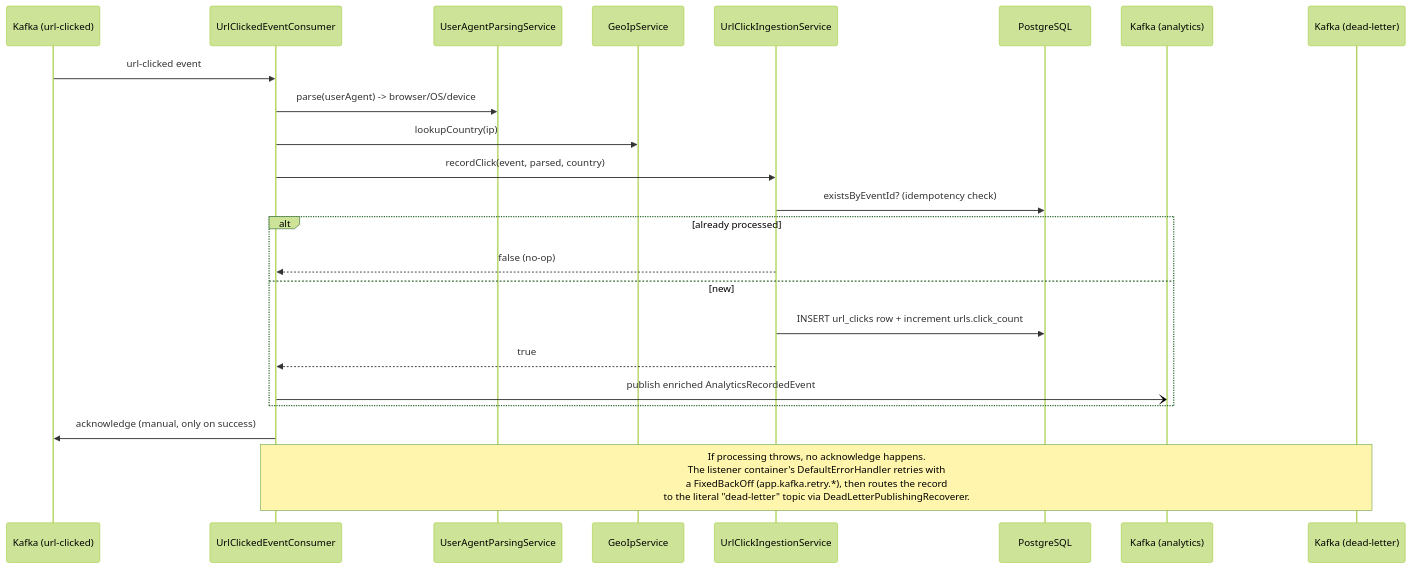
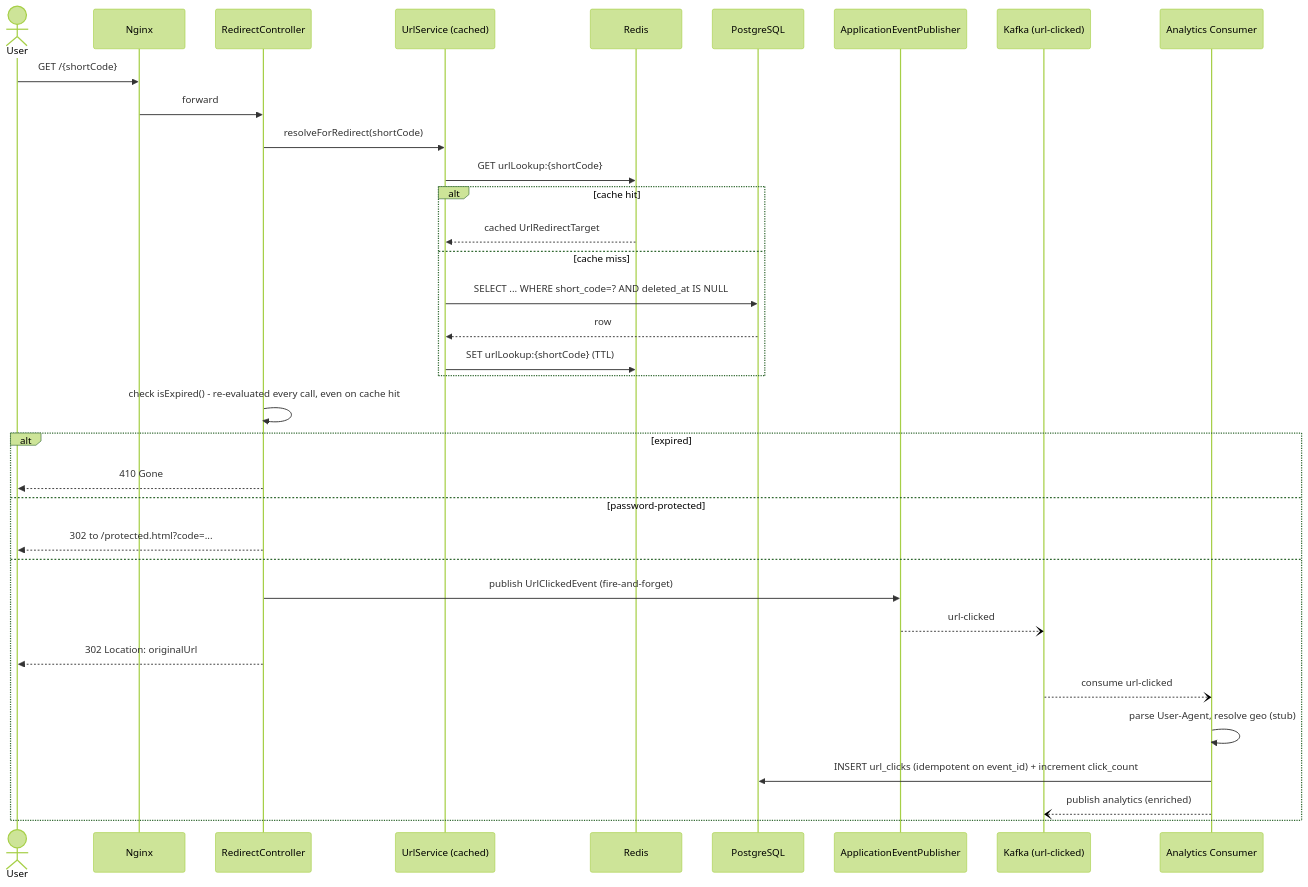
Before and after one commit to vanamasandeep2025-max/UrlShortener: the fourth of 13 diagrams in docs/ARCHITECTURE.md, drawn with Mermaid (forest theme). The commit also changed other lines of this file and 2 other files, not shown here.

First line of the commit message:
Fix click persistence and Redis cache deserialization; add git-friendly architecture reference

````diff
--- a/docs/ARCHITECTURE.md
+++ b/docs/ARCHITECTURE.md
@@ -127,27 +273,38 @@
 ```mermaid
 sequenceDiagram
-    participant Kafka as Kafka (url-clicked)
-    participant Consumer as UrlClickedEventConsumer
-    participant UA as UserAgentParsingService
-    participant Geo as GeoIpService
-    participant Ingest as UrlClickIngestionService
-    participant PG as PostgreSQL
-    participant Analytics as Kafka (analytics)
-    participant DLQ as Kafka (dead-letter)
+    actor U as User
+    participant N as Nginx
+    participant RC as RedirectController
+    participant S as UrlService (cached)
+    participant R as Redis
+    participant DB as PostgreSQL
+    participant EP as ApplicationEventPublisher
+    participant K as Kafka (url-clicked)
+    participant CO as Analytics Consumer
 
-    Kafka->>Consumer: url-clicked event
-    Consumer->>UA: parse(userAgent) -> browser/OS/device
-    Consumer->>Geo: lookupCountry(ip)
-    Consumer->>Ingest: recordClick(event, parsed, country)
-    Ingest->>PG: existsByEventId? (idempotency check)
-    alt already processed
-        Ingest-->>Consumer: false (no-op)
-    else new
-        Ingest->>PG: INSERT url_clicks row + increment urls.click_count
-        Ingest-->>Consumer: true
-        Consumer-)Analytics: publish enriched AnalyticsRecordedEvent
+    U->>N: GET /{shortCode}
+    N->>RC: forward
+    RC->>S: resolveForRedirect(shortCode)
+    S->>R: GET urlLookup:{shortCode}
+    alt cache hit
+        R-->>S: cached UrlRedirectTarget
+    else cache miss
+        S->>DB: SELECT ... WHERE short_code=? AND deleted_at IS NULL
+        DB-->>S: row
+        S->>R: SET urlLookup:{shortCode} (TTL)
     end
-    Consumer->>Kafka: acknowledge (manual, only on success)
-
-    Note over Consumer,DLQ: If processing throws, no acknowledge happens.<br/>The listener container's DefaultErrorHandler retries with<br/>a FixedBackOff (app.kafka.retry.*), then routes the record<br/>to the literal "dead-letter" topic via DeadLetterPublishingRecoverer.
+    RC->>RC: check isExpired() - re-evaluated every call, even on cache hit
+    alt expired
+        RC-->>U: 410 Gone
+    else password-protected
+        RC-->>U: 302 to /protected.html?code=...
+    else
+        RC->>EP: publish UrlClickedEvent (fire-and-forget)
+        EP--)K: url-clicked
+        RC-->>U: 302 Location: originalUrl
+        K--)CO: consume url-clicked
+        CO->>CO: parse User-Agent, resolve geo (stub)
+        CO->>DB: INSERT url_clicks (idempotent on event_id) + increment click_count
+        CO--)K: publish analytics (enriched)
+    end
 ```
````
